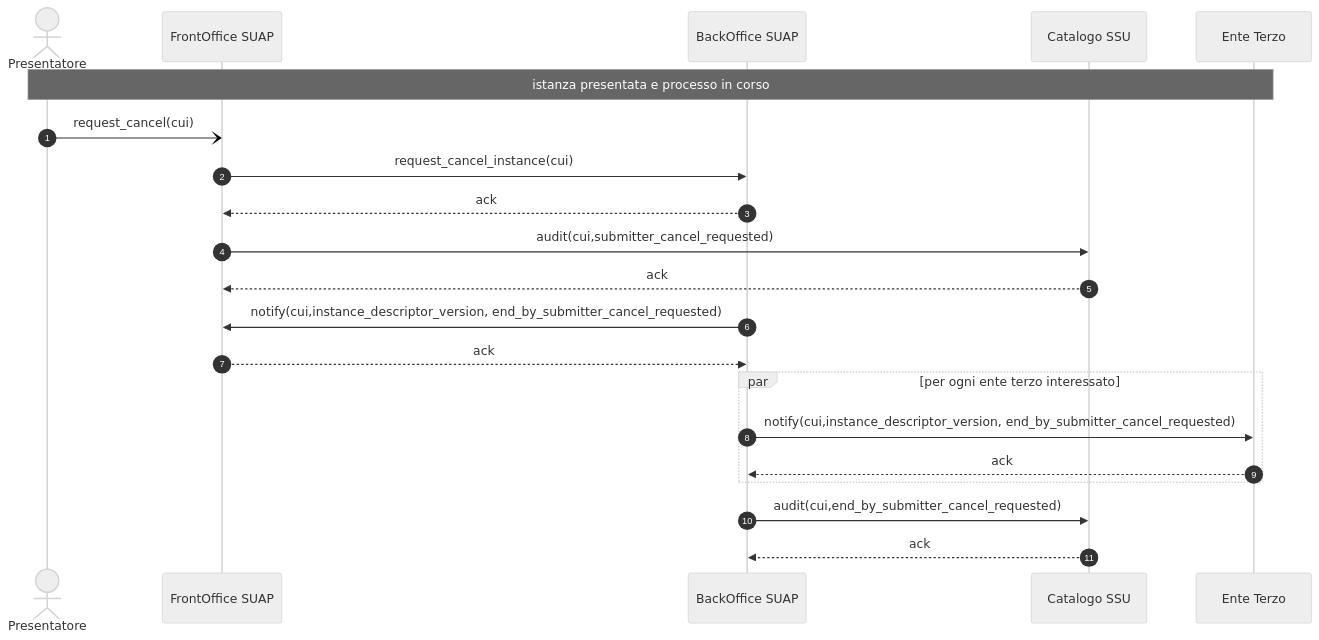
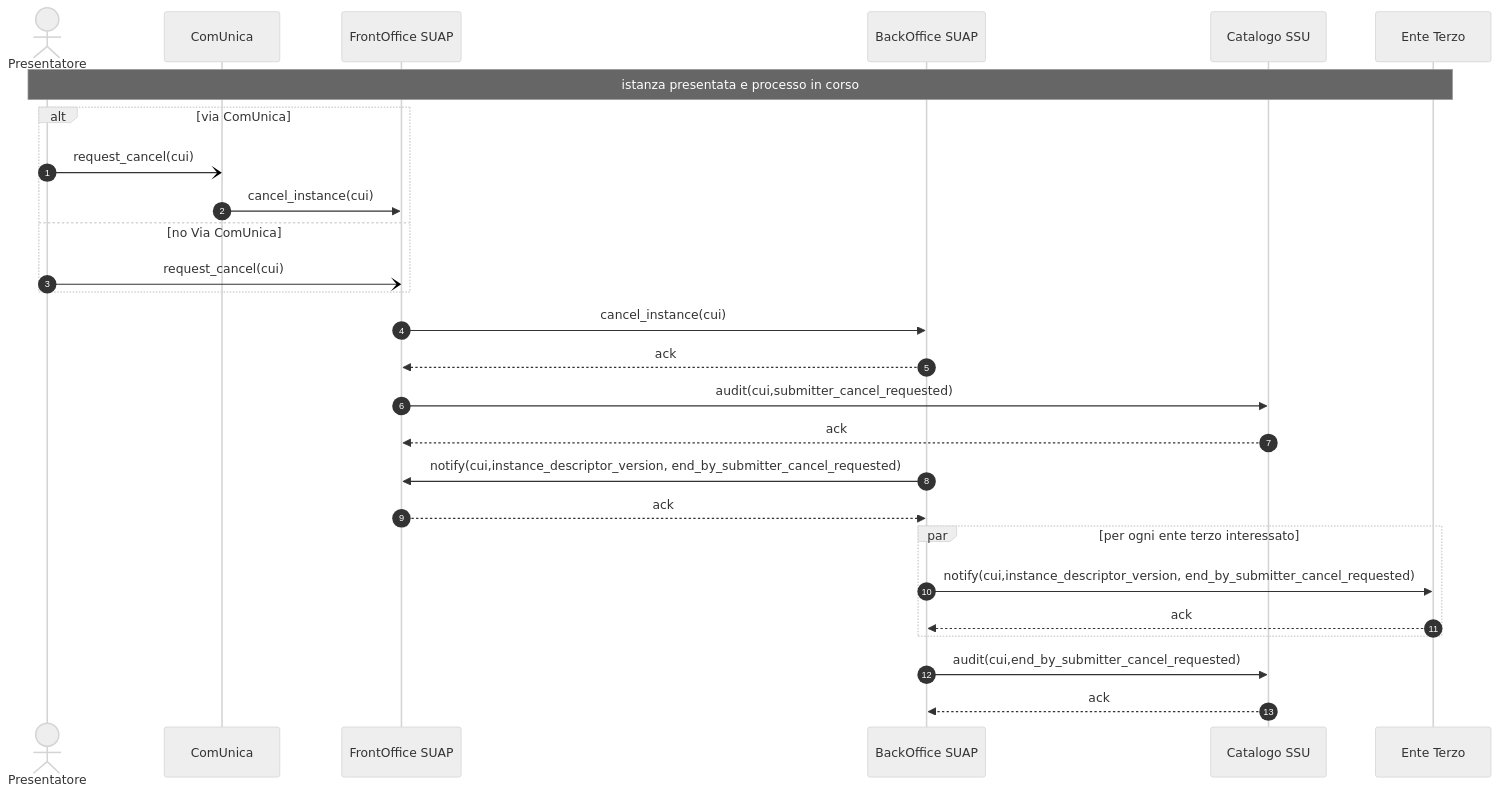
The diagram in to_interoperabilita/sequence-diagram/SubmitterCancel-001.mermaid (AgID/suap-gt-specifiche), drawn with Mermaid (neutral theme) before and after one commit. The commit also changed 4 other files, not shown here.

Commit message:
fix bug on seq diagram

```diff
--- a/to_interoperabilita/sequence-diagram/SubmitterCancel-001.mermaid
+++ b/to_interoperabilita/sequence-diagram/SubmitterCancel-001.mermaid
@@ -1,30 +1,36 @@
 sequenceDiagram
     autonumber
     
-    actor P as Presentatore    
+    actor P as Presentatore   
+    participant CU as ComUnica
     participant F as FrontOffice SUAP  
     participant B as BackOffice SUAP   
     participant C as Catalogo SSU  
     participant E as Ente Terzo  
    
    
     Note over P,E: istanza presentata e processo in corso
 
-    P -) F: request_cancel(cui)
-    
-    F->> B: request_cancel_instance(cui)
+    alt via ComUnica
+        P -) CU: request_cancel(cui)
+        CU ->> F: cancel_instance(cui)
+    else no Via ComUnica
+        P -) F: request_cancel(cui)
+    end
+  
+    F ->> B: cancel_instance(cui)
     B -->> F: ack
 
     F ->> C: audit(cui,submitter_cancel_requested)
     C -->> F: ack
 
     B ->> F: notify(cui,instance_descriptor_version, end_by_submitter_cancel_requested)
     F -->> B: ack
 
     par per ogni ente terzo interessato        
         B ->> E: notify(cui,instance_descriptor_version, end_by_submitter_cancel_requested)
         E -->> B: ack
     end
 
     B ->> C: audit(cui,end_by_submitter_cancel_requested)
     C -->> B: ack
```
